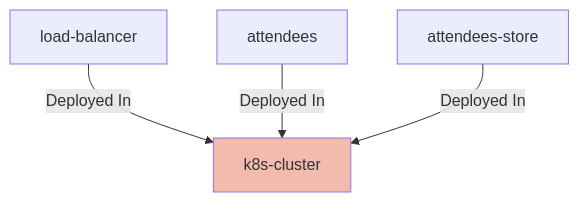
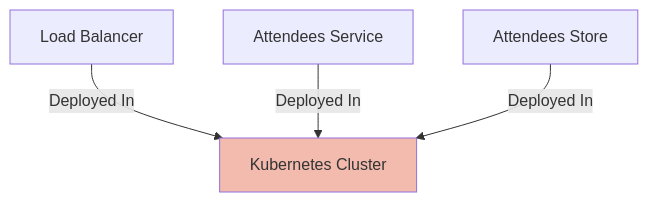
The diagram in cli/test_fixtures/getting-started/STEP-3/website/docs/nodes/k8s-cluster.md (finos/architecture-as-code), drawn with Mermaid before and after one commit. The commit also changed 61 other files, not shown here.

First line of the commit message:
fix(calm-widgets): resolve node names instead of raw ids in related-nodes diagrams (#2883)

````diff
--- a/cli/test_fixtures/getting-started/STEP-3/website/docs/nodes/k8s-cluster.md
+++ b/cli/test_fixtures/getting-started/STEP-3/website/docs/nodes/k8s-cluster.md
@@ -39,8 +39,8 @@
 ```mermaid
 graph TD;
-k8s-cluster[k8s-cluster]:::highlight;
-load-balancer -- Deployed In --> k8s-cluster;
-attendees -- Deployed In --> k8s-cluster;
-attendees-store -- Deployed In --> k8s-cluster;
+k8s-cluster[Kubernetes Cluster]:::highlight;
+load-balancer[Load Balancer] -- Deployed In --> k8s-cluster[Kubernetes Cluster];
+attendees[Attendees Service] -- Deployed In --> k8s-cluster[Kubernetes Cluster];
+attendees-store[Attendees Store] -- Deployed In --> k8s-cluster[Kubernetes Cluster];
 classDef highlight fill:#f2bbae;
 ```
````
